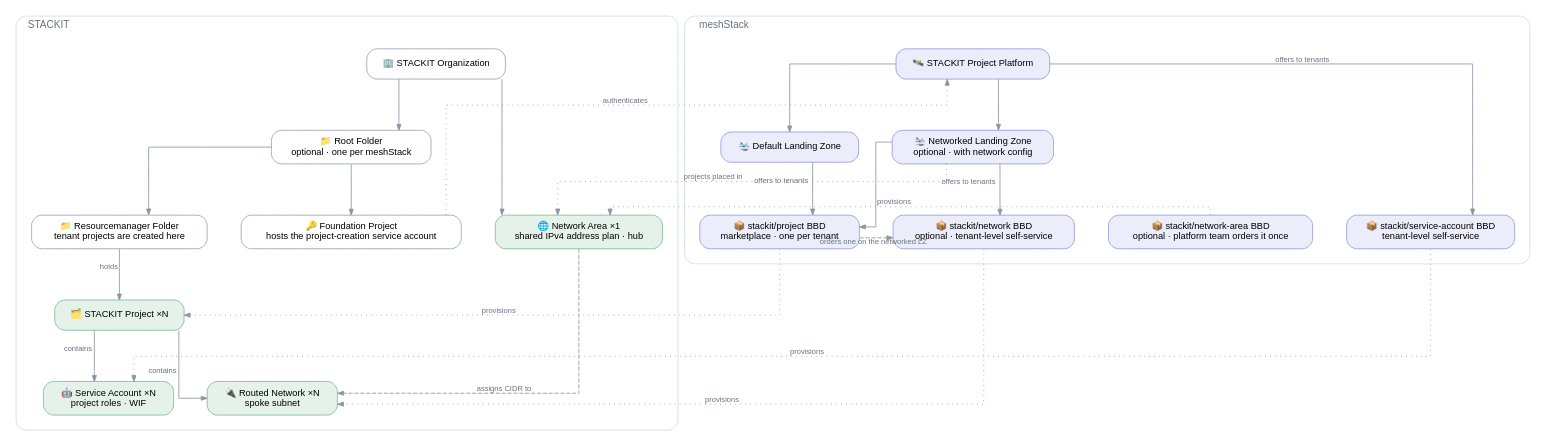
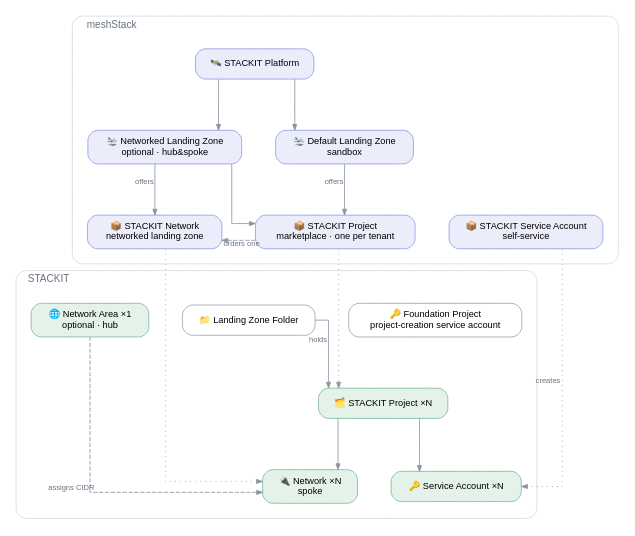
The diagram in reference-architectures/stackit-landingzone/stackit-landingzone.dot (meshcloud/meshstack-hub), drawn with Graphviz before and after one commit. The commit also changed 2 other files, not shown here.

Commit message:
docs(ref-arch/stackit-landingzone): redraw the diagram for one project definition and the network block
meshStack sits above STACKIT, so the diagram fits the page width. One
STACKIT Project definition serves both landing zones and orders the
network block on the networked one.

```diff
--- a/reference-architectures/stackit-landingzone/stackit-landingzone.dot
+++ b/reference-architectures/stackit-landingzone/stackit-landingzone.dot
@@ -1,78 +1,74 @@
 /*
  * STACKIT Landing Zone reference architecture.
  * Conventions: .agents/references/diagrams.md — render with: task diagrams
  */
 digraph stackit_landingzone {
   rankdir=TB
   splines=ortho
   forcelabels=true
   bgcolor="white"
   nodesep=0.55
   ranksep=0.85
 
   node [shape=box style="rounded,filled" fontname="Helvetica" fontsize=11
         fillcolor="#ffffff" color="#a2abb8" penwidth=1.1 margin="0.20,0.11"]
   edge [fontname="Helvetica" fontsize=9 fontcolor="#697180" color="#8b95a3" arrowsize=0.7]
 
+  subgraph cluster_mesh {
+    label="  meshStack"
+    labeljust=l
+    fontname="Helvetica" fontsize=12 fontcolor="#697180"
+    style="rounded" color="#d5dae0"
+    margin=18
+
+    node [fillcolor="#ecedfb" color="#9aa2e6"]
+
+    PLAT   [label="🛰️ STACKIT Platform"]
+    DEFLZ  [label="🛬 Default Landing Zone\nsandbox"]
+    NETLZ  [label="🛬 Networked Landing Zone\noptional · hub&spoke"]
+    PRJBBD [label="📦 STACKIT Project\nmarketplace · one per tenant"]
+    NETBBD [label="📦 STACKIT Network\nnetworked landing zone"]
+    SABBD  [label="📦 STACKIT Service Account\nself-service"]
+
+    { rank=same; DEFLZ -> NETLZ [style=invis] }
+    { rank=same; PRJBBD -> NETBBD -> SABBD [style=invis] }
+
+    PLAT  -> DEFLZ
+    PLAT  -> NETLZ
+    DEFLZ -> PRJBBD [xlabel="offers"]
+    NETLZ -> PRJBBD
+    NETLZ -> NETBBD [xlabel="offers"]
+    PRJBBD -> NETBBD [xlabel="orders one" style=dashed]
+  }
+
   subgraph cluster_stackit {
     label="  STACKIT"
     labeljust=l
     fontname="Helvetica" fontsize=12 fontcolor="#697180"
     style="rounded" color="#d5dae0"
     margin=18
 
-    ORG    [label="🏢 STACKIT Organization" fillcolor="#ffffff" color="#a2abb8"]
-    ROOT   [label="📁 Root Folder\noptional · one per meshStack" fillcolor="#ffffff" color="#a2abb8"]
-    FOUND  [label="🔑 Foundation Project\nhosts the project-creation service account" fillcolor="#ffffff" color="#a2abb8"]
-    FOLDER [label="📁 Resourcemanager Folder\ntenant projects are created here" fillcolor="#ffffff" color="#a2abb8"]
-    NA     [label="🌐 Network Area ×1\nshared IPv4 address plan · hub" fillcolor="#e5f2ea" color="#85bfa0"]
+    FOUND  [label="🔑 Foundation Project\nproject-creation service account"]
+    FOLDER [label="📁 Landing Zone Folder"]
+    NA     [label="🌐 Network Area ×1\noptional · hub" fillcolor="#e5f2ea" color="#85bfa0"]
     PRJ    [label="🗂️ STACKIT Project ×N" fillcolor="#e5f2ea" color="#85bfa0"]
-    SA     [label="🤖 Service Account ×N\nproject roles · WIF" fillcolor="#e5f2ea" color="#85bfa0"]
-    SPOKE  [label="🔌 Routed Network ×N\nspoke subnet" fillcolor="#e5f2ea" color="#85bfa0"]
+    SA     [label="🔑 Service Account ×N" fillcolor="#e5f2ea" color="#85bfa0"]
+    NET    [label="🔌 Network ×N\nspoke" fillcolor="#e5f2ea" color="#85bfa0"]
 
-    { rank=same; FOUND -> FOLDER -> NA [style=invis] }
+    { rank=same; FOLDER -> NA -> FOUND [style=invis] }
+    { rank=same; NET -> SA [style=invis] }
 
-    ORG    -> ROOT
-    ROOT   -> FOUND
-    ROOT   -> FOLDER
-    ORG    -> NA
-    FOLDER -> PRJ   [xlabel="holds"]
-    PRJ    -> SA    [xlabel="contains"]
-    PRJ    -> SPOKE [xlabel="contains"]
-    NA     -> SPOKE [xlabel="assigns CIDR to" style=dashed constraint=false]
+    FOLDER -> PRJ [xlabel="holds"]
+    PRJ    -> SA
+    PRJ    -> NET
+    NA     -> NET [xlabel="assigns CIDR" style=dashed]
   }
 
-  subgraph cluster_mesh {
-    label="  meshStack"
-    labeljust=l
-    fontname="Helvetica" fontsize=12 fontcolor="#697180"
-    style="rounded" color="#d5dae0"
-    margin=18
+  PRJBBD -> FOLDER [style=invis]
+  NETBBD -> NA     [style=invis]
+  SABBD  -> FOUND  [style=invis]
 
-    PLAT     [label="🛰️ STACKIT Project Platform" fillcolor="#ecedfb" color="#9aa2e6"]
-    DEFLZ    [label="🛬 Default Landing Zone" fillcolor="#ecedfb" color="#9aa2e6"]
-    NETLZ    [label="🛬 Networked Landing Zone\noptional · with network config" fillcolor="#ecedfb" color="#9aa2e6"]
-    PRJBBD   [label="📦 stackit/project BBD\nmarketplace · one per tenant" fillcolor="#ecedfb" color="#9aa2e6"]
-    SABBD    [label="📦 stackit/service-account BBD\ntenant-level self-service" fillcolor="#ecedfb" color="#9aa2e6"]
-    NABBD    [label="📦 stackit/network-area BBD\noptional · platform team orders it once" fillcolor="#ecedfb" color="#9aa2e6"]
-    SPOKEBBD [label="📦 stackit/network BBD\noptional · tenant-level self-service" fillcolor="#ecedfb" color="#9aa2e6"]
-
-    { rank=same; DEFLZ -> NETLZ [style=invis] }
-    { rank=same; PRJBBD -> SABBD -> SPOKEBBD -> NABBD [style=invis] }
-
-    PLAT  -> DEFLZ
-    PLAT  -> NETLZ
-    DEFLZ -> PRJBBD   [xlabel="offers to tenants"]
-    NETLZ -> PRJBBD
-    PLAT  -> SABBD    [xlabel="offers to tenants"]
-    NETLZ -> SPOKEBBD [xlabel="offers to tenants"]
-  }
-
-  FOUND    -> PLAT  [xlabel="authenticates" style=dotted constraint=false]
-  PRJBBD   -> PRJ   [xlabel="provisions" style=dotted constraint=false]
-  SABBD    -> SA    [xlabel="provisions" style=dotted constraint=false]
-  NABBD    -> NA    [xlabel="provisions" style=dotted constraint=false]
-  SPOKEBBD -> SPOKE [xlabel="provisions" style=dotted constraint=false]
-  PRJBBD   -> SPOKEBBD [xlabel="orders one on the networked LZ" style=dashed constraint=false]
-  NETLZ    -> NA    [xlabel="projects placed in" style=dotted constraint=false]
+  PRJBBD -> PRJ [style=dotted]
+  NETBBD -> NET [style=dotted]
+  SABBD  -> SA  [xlabel="creates" style=dotted]
 }
```
